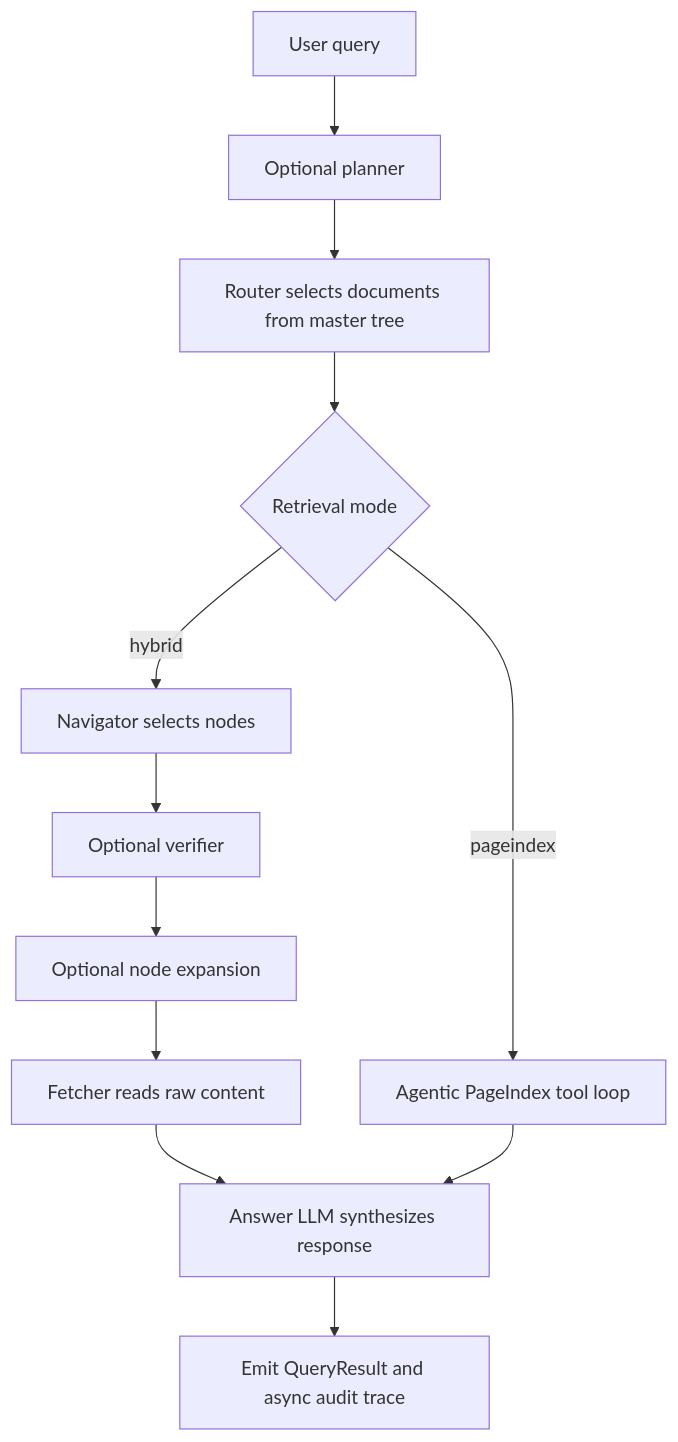
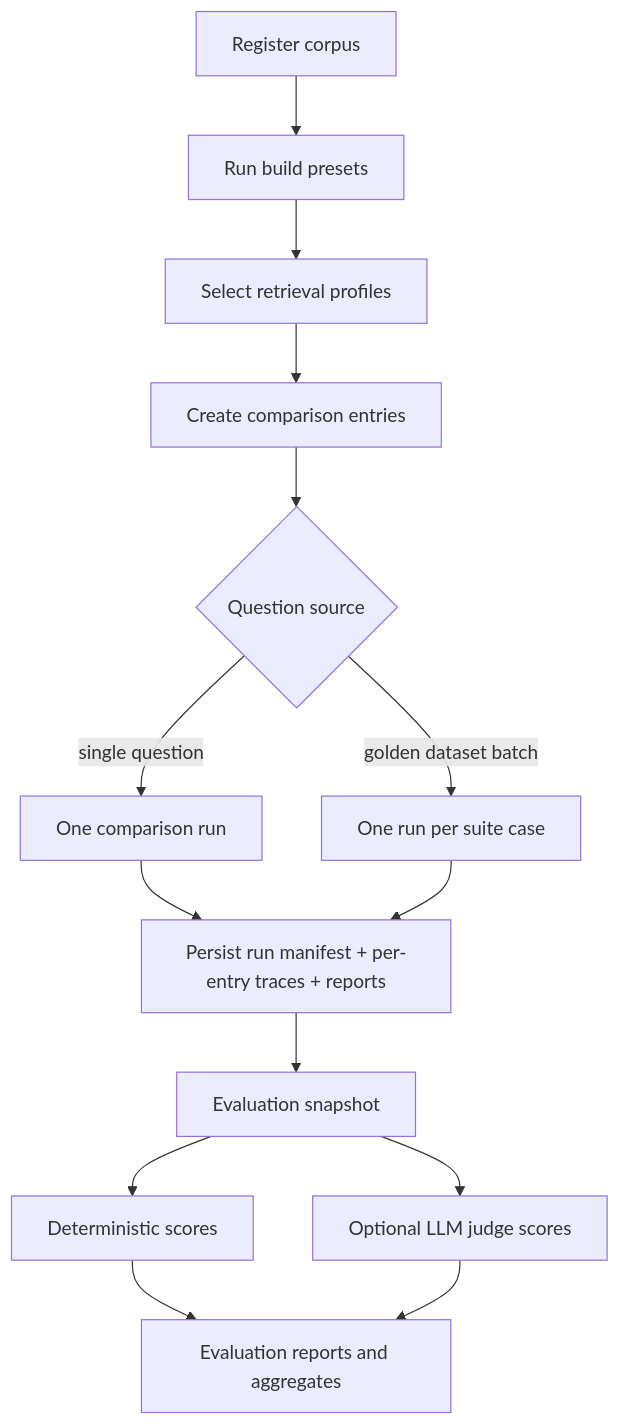
The third of 3 diagrams in docs/architecture-map.md (iluko/DocIndex), drawn with Mermaid before and after one commit. The commit also changed other lines of this file and 16 other files, not shown here.

Commit message:
Refactor nxgen_golden_dataset.mapped.csv with updated questions and answers; add Experiments UI documentation and initial Streamlit app structure; include .DS_Store file for macOS compatibility.

````diff
--- a/docs/architecture-map.md
+++ b/docs/architecture-map.md
@@ -71,14 +90,16 @@
 ```mermaid
 flowchart TD
-    A["User query"] --> B["Optional planner"]
-    B --> C["Router selects documents from master tree"]
-    C --> D{"Retrieval mode"}
-    D -->|hybrid| E["Navigator selects nodes"]
-    E --> F["Optional verifier"]
-    F --> G["Optional node expansion"]
-    G --> H["Fetcher reads raw content"]
-    H --> I["Answer LLM synthesizes response"]
-    D -->|pageindex| J["Agentic PageIndex tool loop"]
-    J --> I
-    I --> K["Emit QueryResult and async audit trace"]
+    A["Register corpus"] --> B["Run build presets"]
+    B --> C["Select retrieval profiles"]
+    C --> D["Create comparison entries"]
+    D --> E{"Question source"}
+    E -->|single question| F["One comparison run"]
+    E -->|golden dataset batch| G["One run per suite case"]
+    F --> H["Persist run manifest + per-entry traces + reports"]
+    G --> H
+    H --> I["Evaluation snapshot"]
+    I --> J["Deterministic scores"]
+    I --> K["Optional LLM judge scores"]
+    J --> L["Evaluation reports and aggregates"]
+    K --> L
 ```
````
